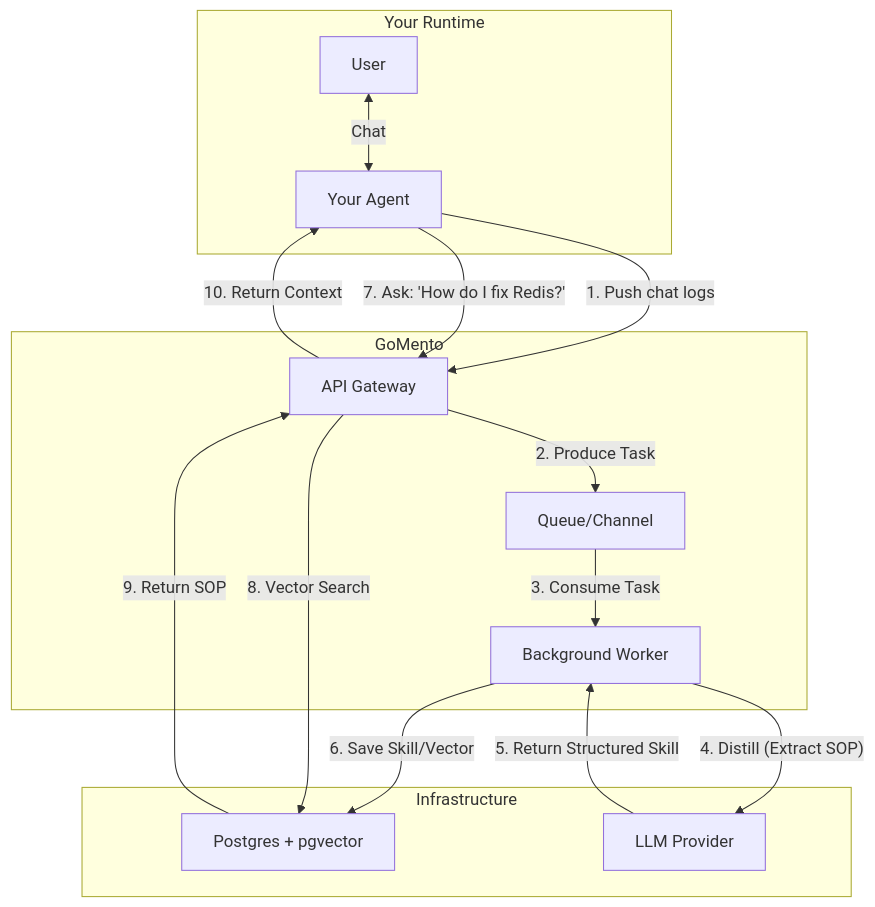
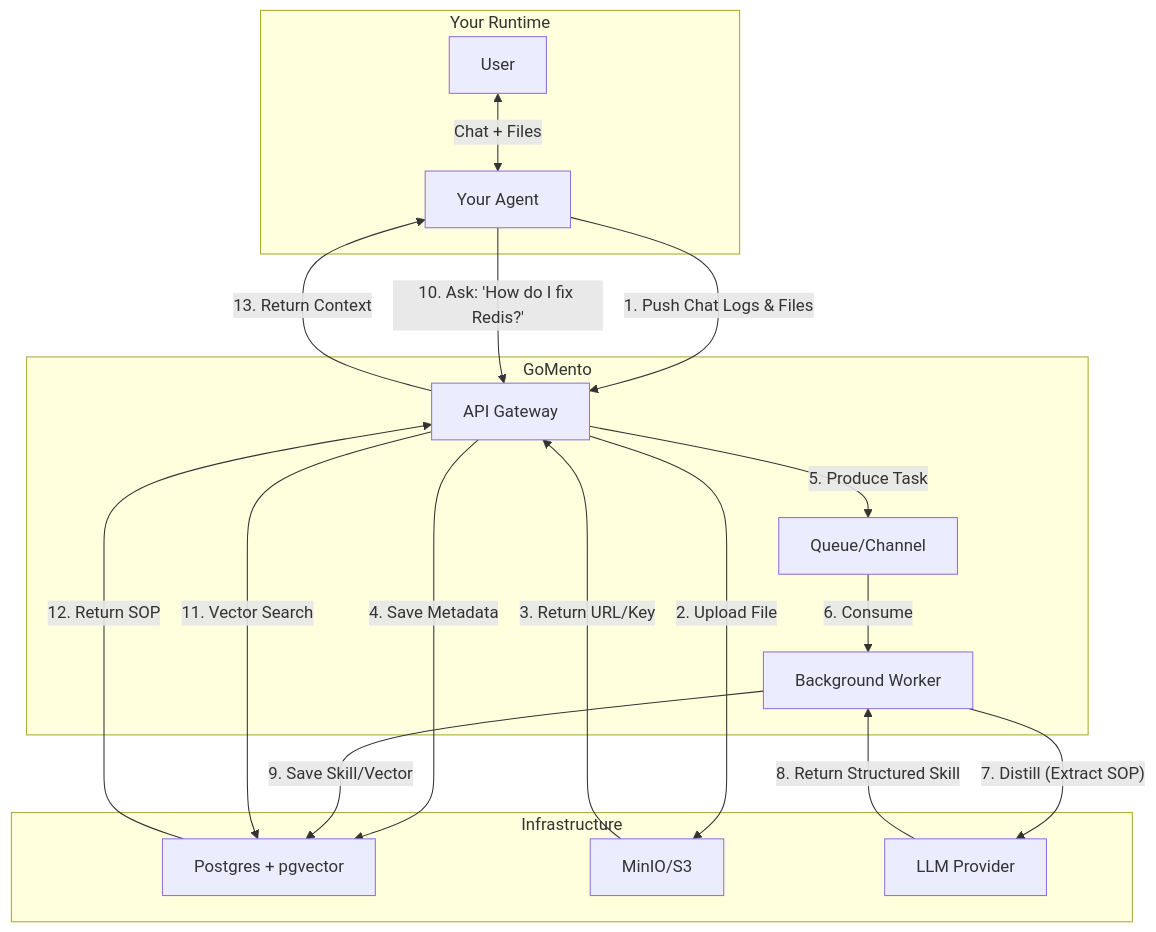
The first of 2 diagrams in README.md (w-h-a/gomento), drawn with Mermaid before and after one commit. The commit also changed other lines of this file, not shown here.

Commit message:
docs: update README (#15)

````diff
--- a/README.md
+++ b/README.md
@@ -19,31 +19,37 @@
 ```mermaid
 graph TD
     subgraph "Your Runtime"
-        User[User] <-->|Chat| Agent[Your Agent]
+        User[User] <-->|Chat + Files| Agent[Your Agent]
     end
 
     subgraph "GoMento"
         API[API Gateway]
         Queue[Queue/Channel]
         Worker[Background Worker]
     end
 
     subgraph "Infrastructure"
         Postgres[Postgres + pgvector]
+        MinIO[MinIO/S3]
         LLM[LLM Provider]
     end
 
     %% Flow 1: Storing Context
-    Agent -- "1. Push chat logs" --> API
-    API -- "2. Produce Task" --> Queue
-    Queue -- "3. Consume Task" --> Worker
-    Worker -- "4. Distill (Extract SOP)" --> LLM
-    LLM -- "5. Return Structured Skill" --> Worker
-    Worker -- "6. Save Skill/Vector" --> Postgres
+    Agent -- "1. Push Chat Logs & Files" --> API
+    API -- "2. Upload File" --> MinIO
+    MinIO -- "3. Return URL/Key" --> API
+    API -- "4. Save Metadata" --> Postgres
+    API -- "5. Produce Task" --> Queue
+    
+    %% Flow 2: Distillation
+    Queue -- "6. Consume" --> Worker
+    Worker -- "7. Distill (Extract SOP)" --> LLM
+    LLM -- "8. Return Structured Skill" --> Worker
+    Worker -- "9. Save Skill/Vector" --> Postgres
 
-    %% Flow 2: Retrieval
-    Agent -- "7. Ask: 'How do I fix Redis?'" --> API
-    API -- "8. Vector Search" --> Postgres
-    Postgres -- "9. Return SOP" --> API
-    API -- "10. Return Context" --> Agent
+    %% Flow 3: Retrieval
+    Agent -- "10. Ask: 'How do I fix Redis?'" --> API
+    API -- "11. Vector Search" --> Postgres
+    Postgres -- "12. Return SOP" --> API
+    API -- "13. Return Context" --> Agent
 ```
````
